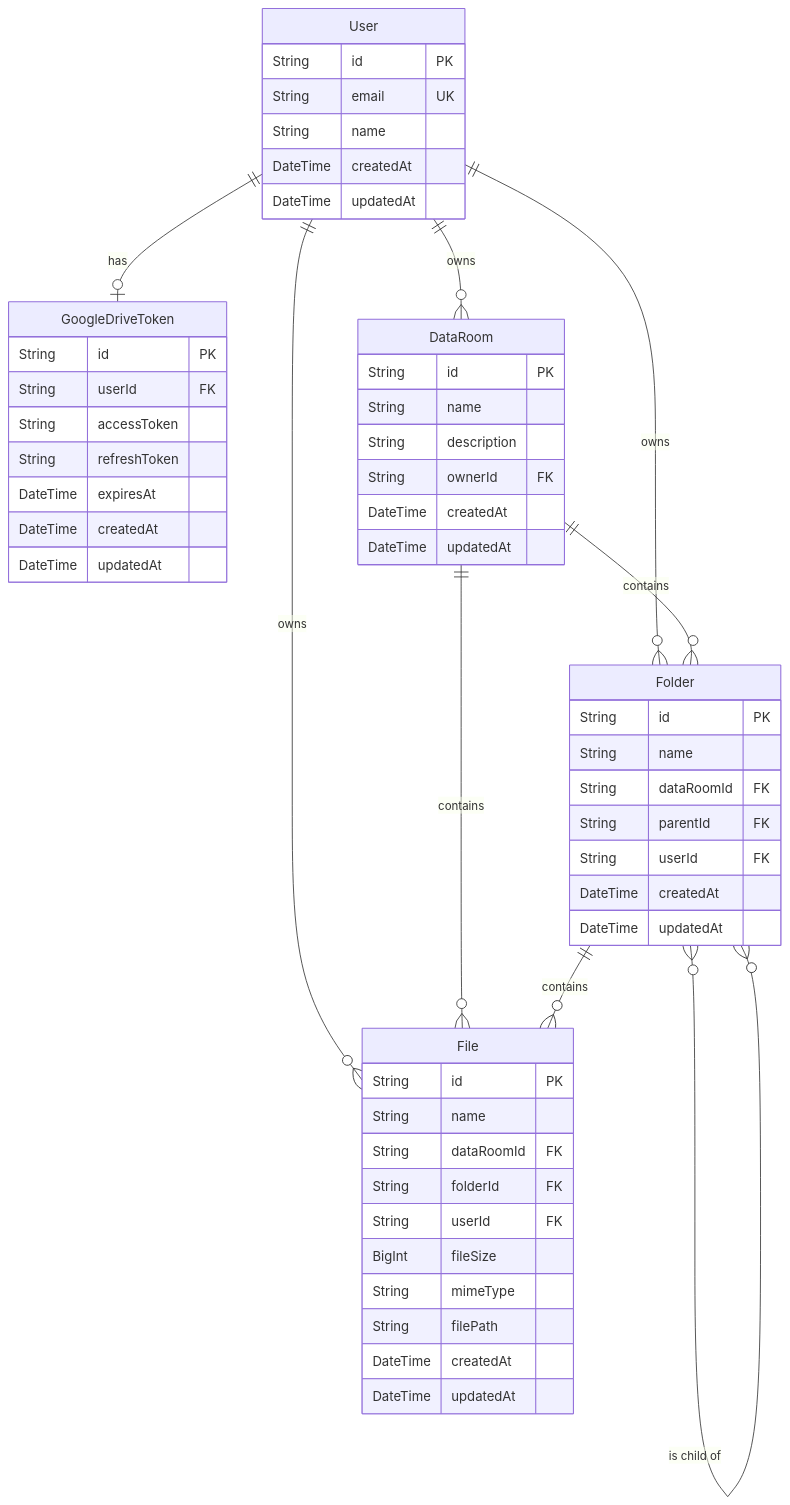
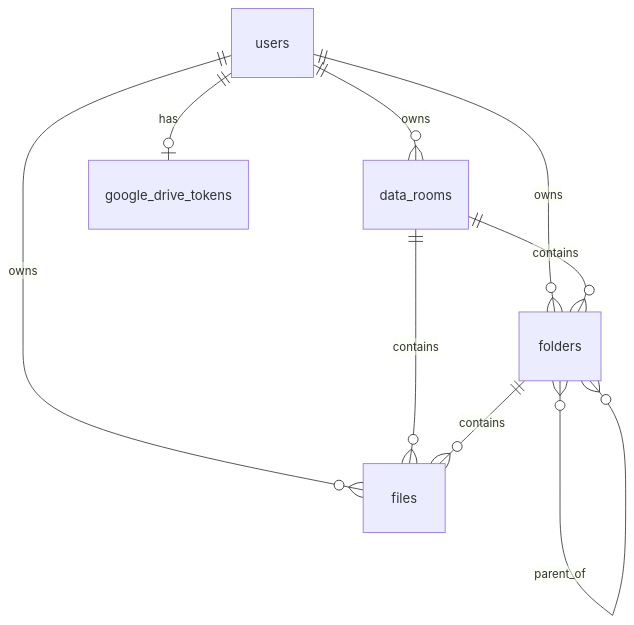
One commit to betonomochalka/data-room-challenge changed the second of 2 diagrams in ARCHITECTURE.md. Above: the diagram before and after it, drawn with Mermaid. The commit also changed other lines of this file and 104 other files, not shown here.

````diff
--- a/ARCHITECTURE.md
+++ b/ARCHITECTURE.md
@@ -338,63 +127,13 @@
 ```mermaid
 erDiagram
-    User {
-        String id PK
-        String email UK
-        String name
-        DateTime createdAt
-        DateTime updatedAt
-    }
+    users ||--o{ data_rooms : owns
+    users ||--o{ folders : owns
+    users ||--o{ files : owns
+    users ||--o| google_drive_tokens : has
 
-    GoogleDriveToken {
-        String id PK
-        String userId FK
-        String accessToken
-        String refreshToken
-        DateTime expiresAt
-        DateTime createdAt
-        DateTime updatedAt
-    }
+    data_rooms ||--o{ folders : contains
+    data_rooms ||--o{ files : contains
 
-    DataRoom {
-        String id PK
-        String name
-        String description
-        String ownerId FK
-        DateTime createdAt
-        DateTime updatedAt
-    }
-
-    Folder {
-        String id PK
-        String name
-        String dataRoomId FK
-        String parentId FK
-        String userId FK
-        DateTime createdAt
-        DateTime updatedAt
-    }
-
-    File {
-        String id PK
-        String name
-        String dataRoomId FK
-        String folderId FK
-        String userId FK
-        BigInt fileSize
-        String mimeType
-        String filePath
-        DateTime createdAt
-        DateTime updatedAt
-    }
-
-    User ||--o{ DataRoom : "owns"
-    User ||--o{ Folder : "owns"
-    User ||--o{ File : "owns"
-    User ||--o| GoogleDriveToken : "has"
-
-    DataRoom ||--o{ Folder : "contains"
-    DataRoom ||--o{ File : "contains"
-
-    Folder ||--o{ File : "contains"
-    Folder }o--o{ Folder : "is child of"
+    folders ||--o{ files : contains
+    folders }o--o{ folders : parent_of
 ```
````
